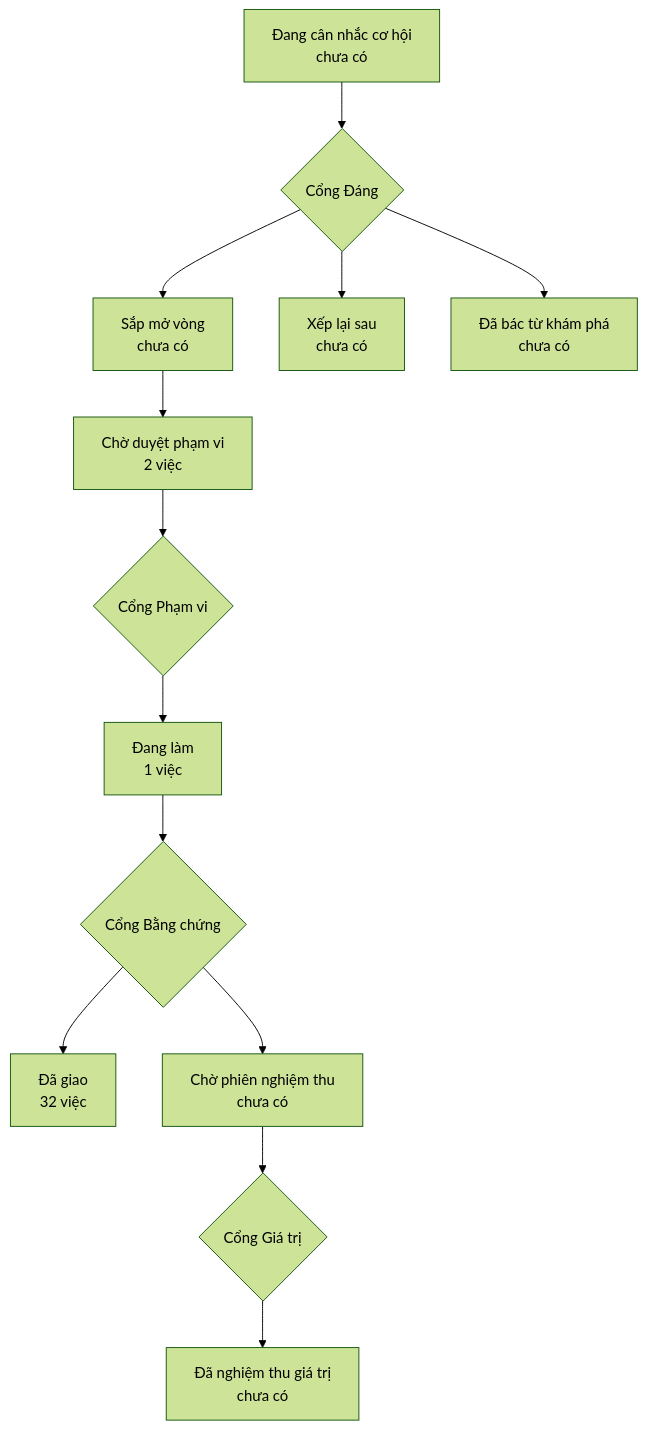
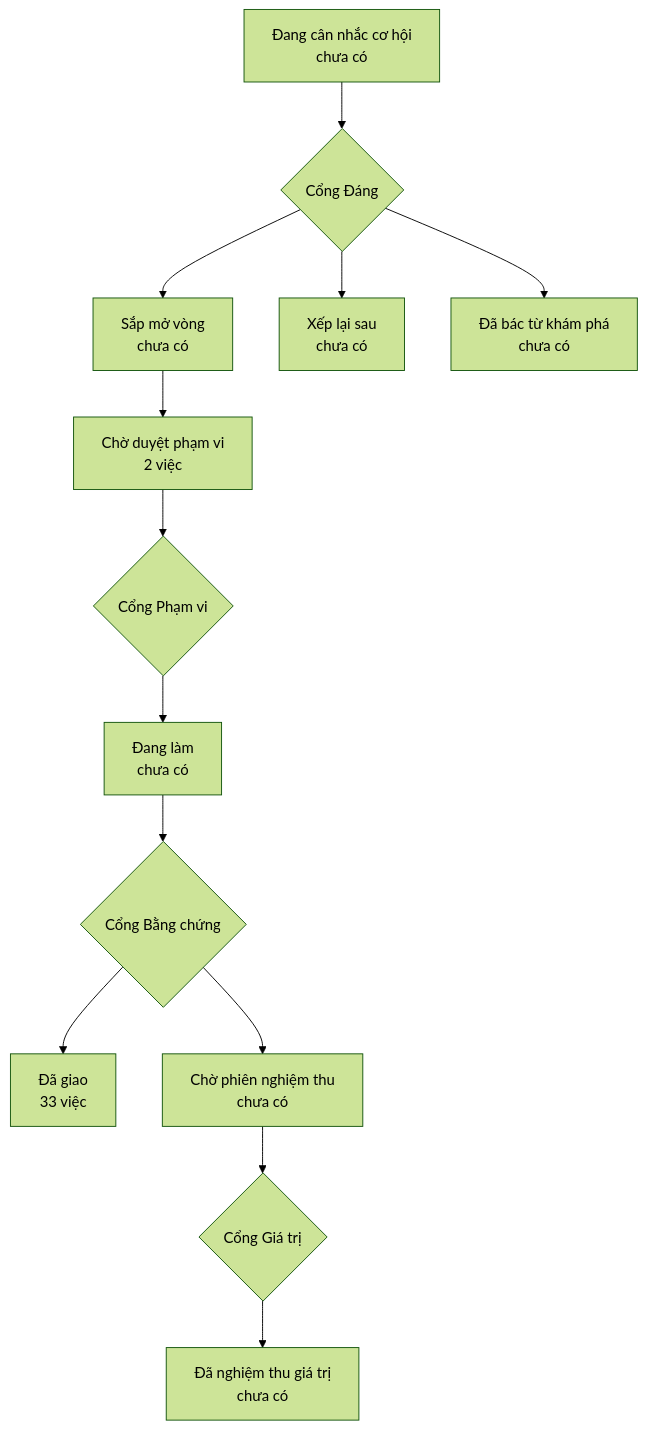
One commit to phanlemanh/acceptance-gate-kit changed the diagram in PRODUCT-MAP.md. Above: the diagram before and after it, drawn with Mermaid (forest theme). The commit also changed other lines of this file and 3 other files, not shown here.

````diff
--- a/PRODUCT-MAP.md
+++ b/PRODUCT-MAP.md
@@ -6,12 +6,12 @@
 ```mermaid
 flowchart TD
   A["Đang cân nhắc cơ hội<br/>chưa có"] --> GD{"Cổng Đáng"}
   GD --> B["Sắp mở vòng<br/>chưa có"]
   GD --> XL["Xếp lại sau<br/>chưa có"]
   GD --> DB["Đã bác từ khám phá<br/>chưa có"]
   B --> CD["Chờ duyệt phạm vi<br/>2 việc"] --> GP{"Cổng Phạm vi"}
-  GP --> DL["Đang làm<br/>1 việc"] --> GB{"Cổng Bằng chứng"}
-  GB --> DG["Đã giao<br/>32 việc"]
+  GP --> DL["Đang làm<br/>chưa có"] --> GB{"Cổng Bằng chứng"}
+  GB --> DG["Đã giao<br/>33 việc"]
   GB --> CN["Chờ phiên nghiệm thu<br/>chưa có"] --> GG{"Cổng Giá trị"}
   GG --> NT["Đã nghiệm thu giá trị<br/>chưa có"]
 ```
````
